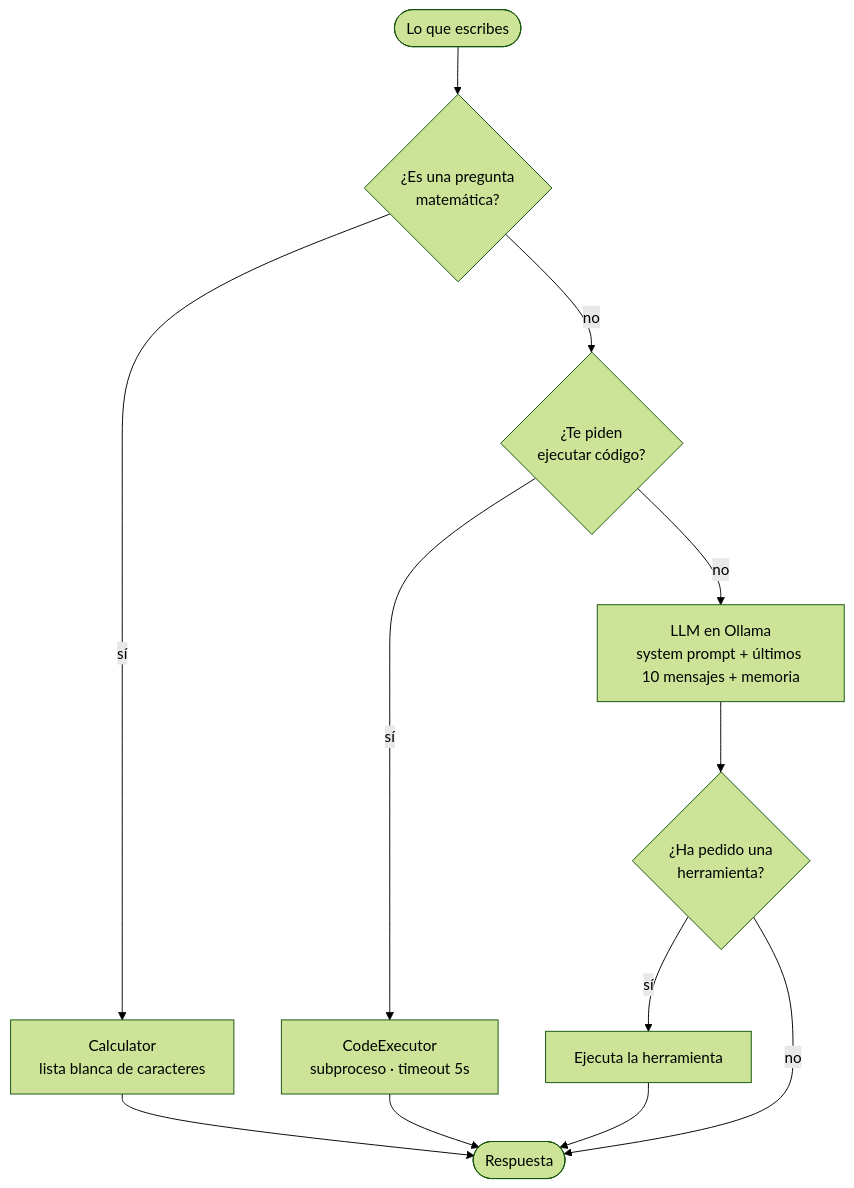
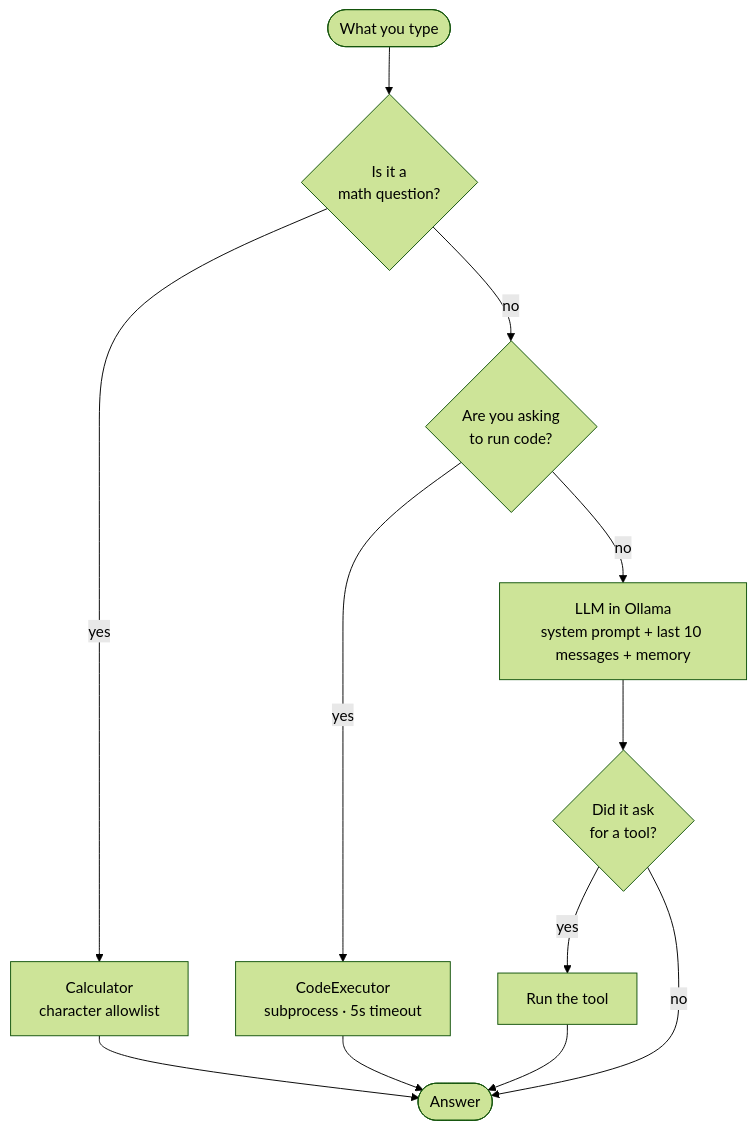
One commit to jorgeress/cibo changed the first of 2 diagrams in README.md. Above: the diagram before and after it, drawn with Mermaid (forest theme). The commit also changed other lines of this file and 1 other file, not shown here.

````diff
--- a/README.md
+++ b/README.md
@@ -143,14 +147,14 @@
 ```mermaid
 flowchart TD
-    IN(["Lo que escribes"]) --> M{"¿Es una pregunta<br/>matemática?"}
-    M -->|sí| CALC["Calculator<br/>lista blanca de caracteres"]
-    M -->|no| EX{"¿Te piden<br/>ejecutar código?"}
-    EX -->|sí| CODE["CodeExecutor<br/>subproceso · timeout 5s"]
-    EX -->|no| LLM["LLM en Ollama<br/>system prompt + últimos 10 mensajes + memoria"]
-    LLM --> T{"¿Ha pedido una<br/>herramienta?"}
-    T -->|sí| RUN["Ejecuta la herramienta"]
-    T -->|no| OUT(["Respuesta"])
+    IN(["What you type"]) --> M{"Is it a<br/>math question?"}
+    M -->|yes| CALC["Calculator<br/>character allowlist"]
+    M -->|no| EX{"Are you asking<br/>to run code?"}
+    EX -->|yes| CODE["CodeExecutor<br/>subprocess · 5s timeout"]
+    EX -->|no| LLM["LLM in Ollama<br/>system prompt + last 10 messages + memory"]
+    LLM --> T{"Did it ask<br/>for a tool?"}
+    T -->|yes| RUN["Run the tool"]
+    T -->|no| OUT(["Answer"])
     CALC --> OUT
     CODE --> OUT
     RUN --> OUT
 ```
````
